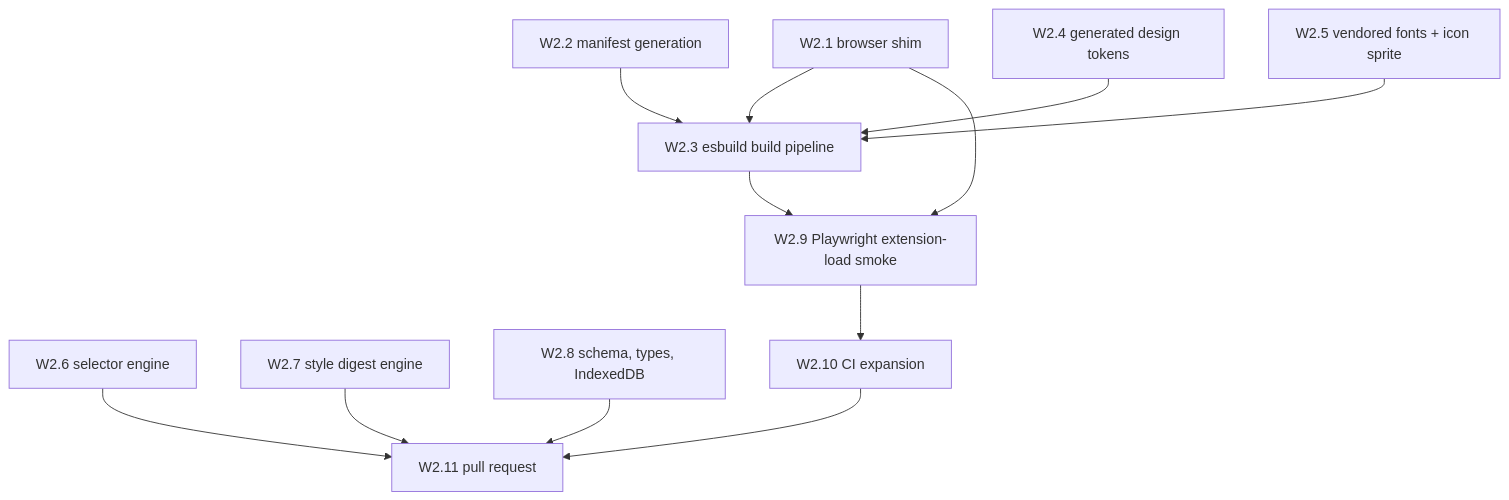
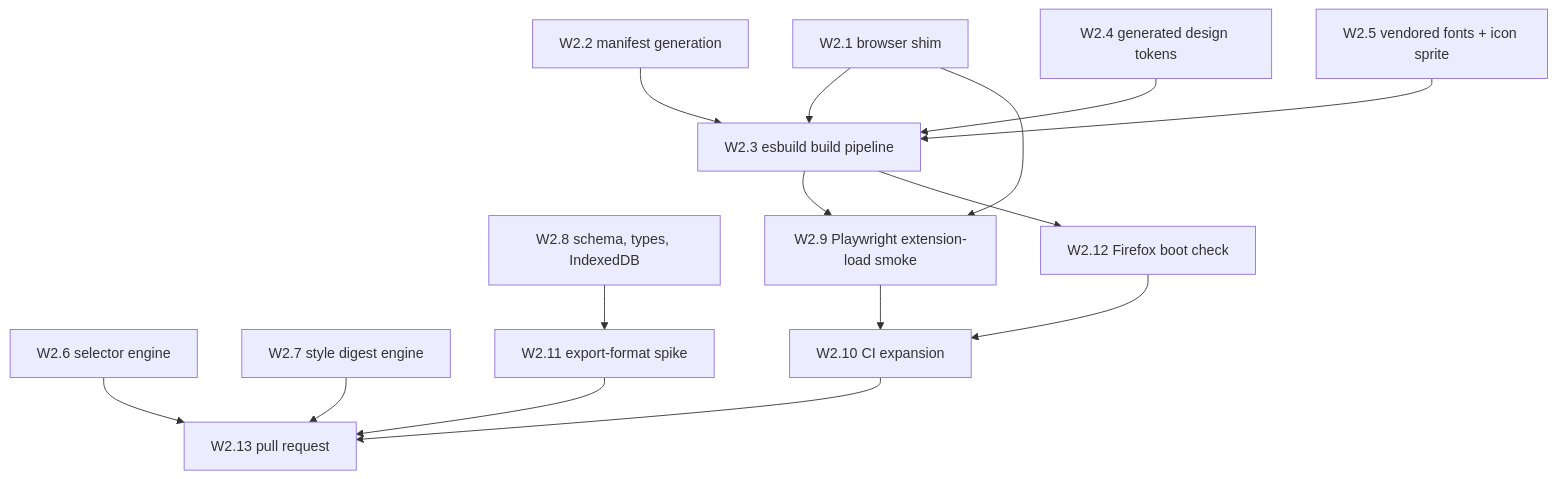
The diagram in docs/plans/wave-2-core-libraries.md (whizzzkid/point-and-shoot), drawn with Mermaid before and after one commit. The commit also changed other lines of this file and 6 other files, not shown here.

First line of the commit message:
docs(plans): 📝 fold the architecture review findings into the plan

````diff
--- a/docs/plans/wave-2-core-libraries.md
+++ b/docs/plans/wave-2-core-libraries.md
@@ -18,25 +18,31 @@
 ```mermaid
 flowchart TD
   W21["W2.1 browser shim"]
   W22["W2.2 manifest generation"]
   W23["W2.3 esbuild build pipeline"]
   W24["W2.4 generated design tokens"]
   W25["W2.5 vendored fonts + icon sprite"]
   W26["W2.6 selector engine"]
   W27["W2.7 style digest engine"]
   W28["W2.8 schema, types, IndexedDB"]
   W29["W2.9 Playwright extension-load smoke"]
   W210["W2.10 CI expansion"]
-  W211["W2.11 pull request"]
+  W211["W2.11 export-format spike"]
+  W212["W2.12 Firefox boot check"]
+  W213["W2.13 pull request"]
 
   W21 --> W23
   W22 --> W23
   W24 --> W23
   W25 --> W23
   W23 --> W29
   W21 --> W29
-  W29 --> W210 --> W211
-  W26 --> W211
-  W27 --> W211
+  W23 --> W212
   W28 --> W211
+  W29 --> W210
+  W212 --> W210
+  W210 --> W213
+  W26 --> W213
+  W27 --> W213
+  W211 --> W213
 ```
````
